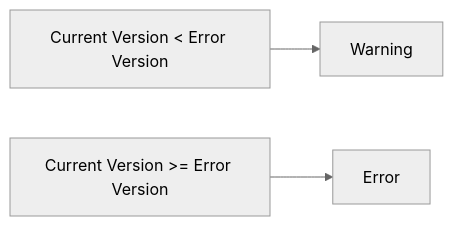
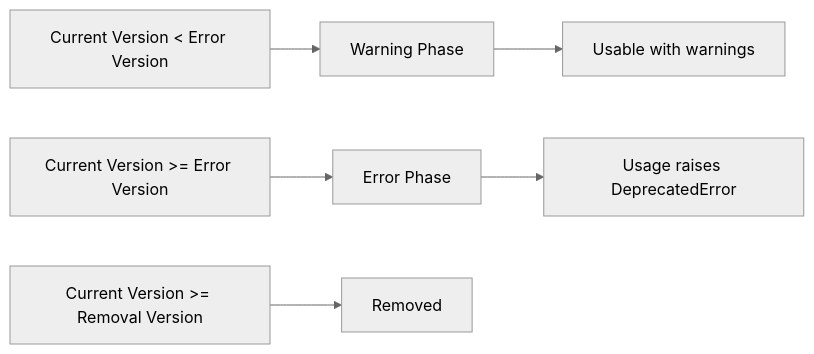
Before and after one commit to alexeev-prog/pyminideprecator: the diagram in README.md, drawn with Mermaid (neutral theme). The commit also changed other lines of this file and 10 other files, not shown here.

````diff
--- a/README.md
+++ b/README.md
@@ -137,5 +186,8 @@
 ```mermaid
 graph LR
-    A[Current Version < Error Version] --> B[Warning]
-    C[Current Version >= Error Version] --> D[Error]
+    A[Current Version < Error Version] --> B[Warning Phase]
+    B --> C[Usable with warnings]
+    D[Current Version >= Error Version] --> E[Error Phase]
+    E --> F[Usage raises DeprecatedError]
+    G[Current Version >= Removal Version] --> H[Removed]
 ```
````
